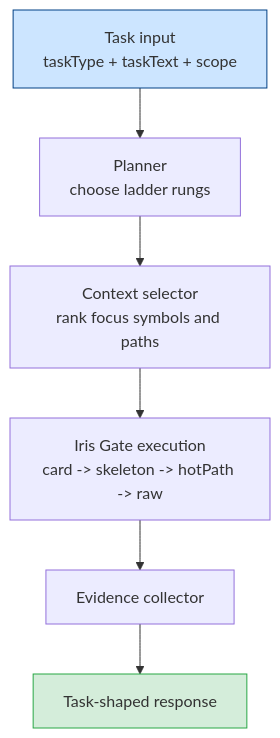
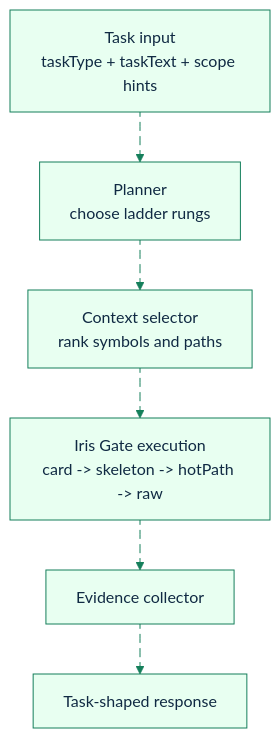
Before and after one commit to GlitterKill/sdl-mcp: the diagram in docs/feature-deep-dives/agent-context.md, drawn with Mermaid. The commit also changed other lines of this file and 36 other files, not shown here.

````diff
--- a/docs/feature-deep-dives/agent-context.md
+++ b/docs/feature-deep-dives/agent-context.md
@@ -31,18 +19,19 @@
 ```mermaid
+%%{init: {"theme":"base","themeVariables":{"primaryColor":"#e8fff1","primaryBorderColor":"#157f5b","primaryTextColor":"#102a43","secondaryColor":"#eef6ff","secondaryBorderColor":"#2563eb","tertiaryColor":"#fff4d6","tertiaryBorderColor":"#b45309","lineColor":"#157f5b","fontFamily":"Trebuchet MS, Arial"},"flowchart":{"curve":"basis"}}}%%
 flowchart TD
-    Task["Task input<br/>taskType + taskText + scope"]
+    Task["Task input<br/>taskType + taskText + scope hints"]
     Planner["Planner<br/>choose ladder rungs"]
-    Selector["Context selector<br/>rank focus symbols and paths"]
+    Selector["Context selector<br/>rank symbols and paths"]
     Ladder["Iris Gate execution<br/>card -> skeleton -> hotPath -> raw"]
     Evidence["Evidence collector"]
     Response["Task-shaped response"]
 
-    Task --> Planner
-    Planner --> Selector
-    Selector --> Ladder
-    Ladder --> Evidence
-    Evidence --> Response
+    Task e1@--> Planner
+    Planner e2@--> Selector
+    Selector e3@--> Ladder
+    Ladder e4@--> Evidence
+    Evidence e5@--> Response
 
-    style Task fill:#cce5ff,stroke:#004085
-    style Response fill:#d4edda,stroke:#28a745
+    classDef animate stroke-dasharray: 9\,5,stroke-dashoffset: 900,animation: dash 25s linear infinite;
+    class e1,e2,e3,e4,e5 animate
 ```
````
